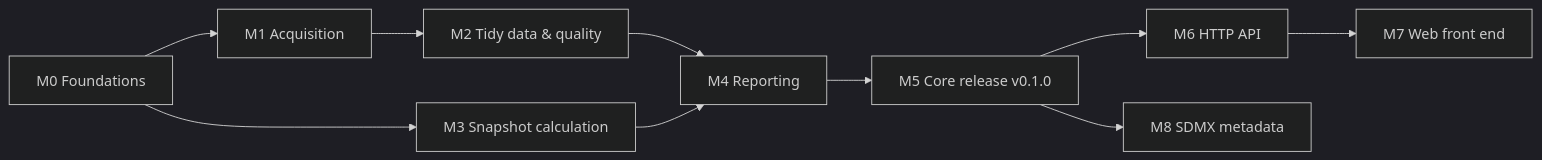
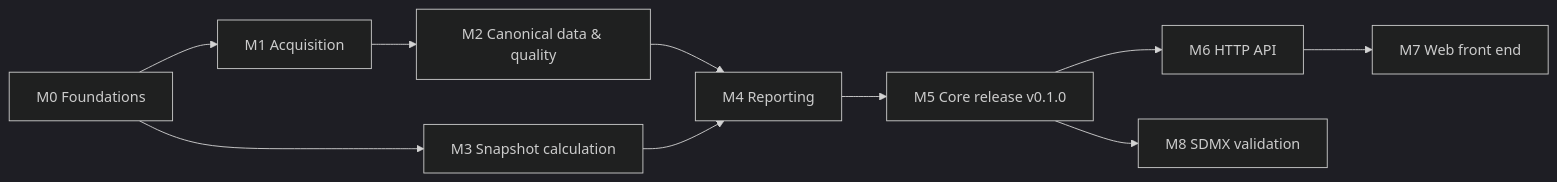
One commit to andrea-dm/policy-rate-monitor changed the diagram in docs/milestones.md. Above: the diagram before and after it, drawn with Mermaid (dark theme). The commit also changed other lines of this file, not shown here.

Commit message:
docs: align milestones with provider architecture, config-driven config and review fixes

````diff
--- a/docs/milestones.md
+++ b/docs/milestones.md
@@ -28,12 +56,12 @@
 ```mermaid
 flowchart LR
     M0[M0 Foundations] --> M1[M1 Acquisition]
-    M1 --> M2[M2 Tidy data & quality]
+    M1 --> M2[M2 Canonical data & quality]
     M0 --> M3[M3 Snapshot calculation]
     M2 --> M4[M4 Reporting]
     M3 --> M4
     M4 --> M5[M5 Core release v0.1.0]
     M5 --> M6[M6 HTTP API]
     M6 --> M7[M7 Web front end]
-    M5 --> M8[M8 SDMX metadata]
+    M5 --> M8[M8 SDMX validation]
 ```
````
